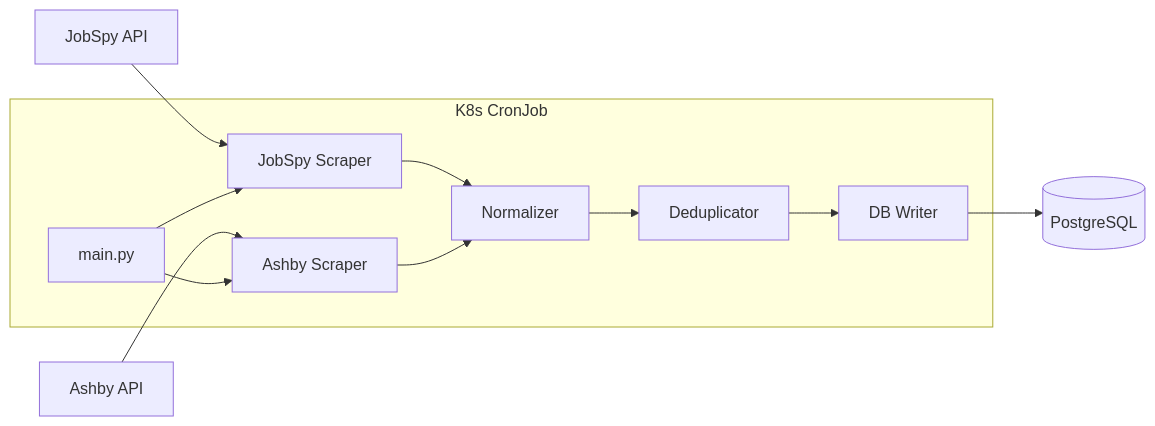
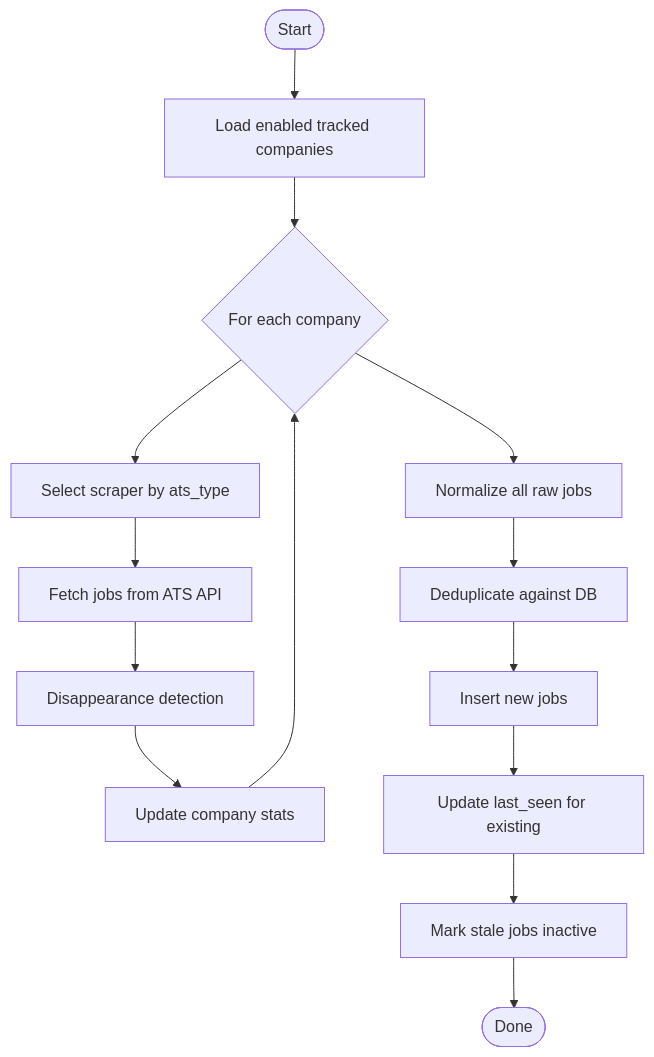
Before and after one commit to pww217/hirewire: the second of 2 diagrams in docs/scraper-service.md, drawn with Mermaid. The commit also changed other lines of this file and 17 other files, not shown here.

````diff
--- a/docs/scraper-service.md
+++ b/docs/scraper-service.md
@@ -27,22 +113,16 @@
 ```mermaid
-flowchart LR
-    subgraph cronjob [K8s CronJob]
-        Main[main.py]
-        JobSpyScraper[JobSpy Scraper]
-        AshbyScraper[Ashby Scraper]
-        Normalizer[Normalizer]
-        Dedup[Deduplicator]
-        DBWriter[DB Writer]
-    end
-    
-    JobSpy[JobSpy API] --> JobSpyScraper
-    Ashby[Ashby API] --> AshbyScraper
-    
-    Main --> JobSpyScraper
-    Main --> AshbyScraper
-    JobSpyScraper --> Normalizer
-    AshbyScraper --> Normalizer
-    Normalizer --> Dedup
-    Dedup --> DBWriter
-    DBWriter --> Postgres[(PostgreSQL)]
+flowchart TD
+    start([Start]) --> load[Load enabled tracked companies]
+    load --> loop{For each company}
+    loop --> select[Select scraper by ats_type]
+    select --> fetch[Fetch jobs from ATS API]
+    fetch --> disappear[Disappearance detection]
+    disappear --> update_company[Update company stats]
+    update_company --> loop
+    loop --> normalize[Normalize all raw jobs]
+    normalize --> dedup[Deduplicate against DB]
+    dedup --> insert[Insert new jobs]
+    insert --> update_seen[Update last_seen for existing]
+    update_seen --> stale[Mark stale jobs inactive]
+    stale --> done([Done])
 ```
````
